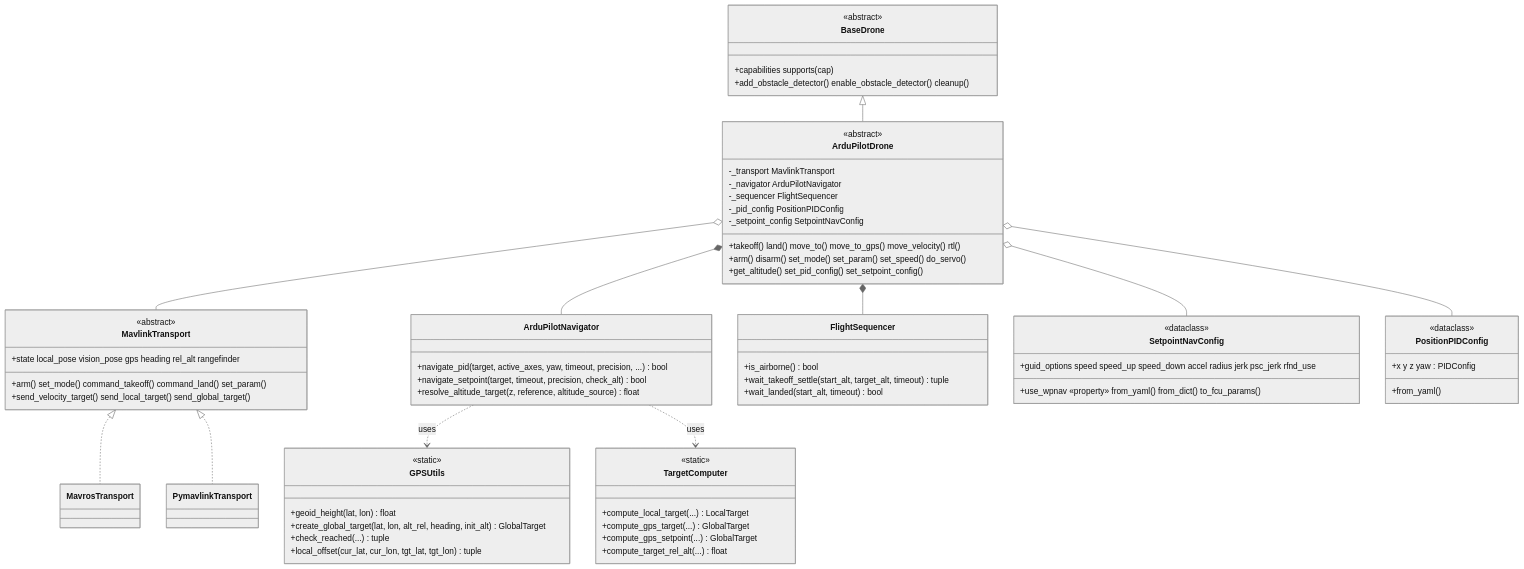
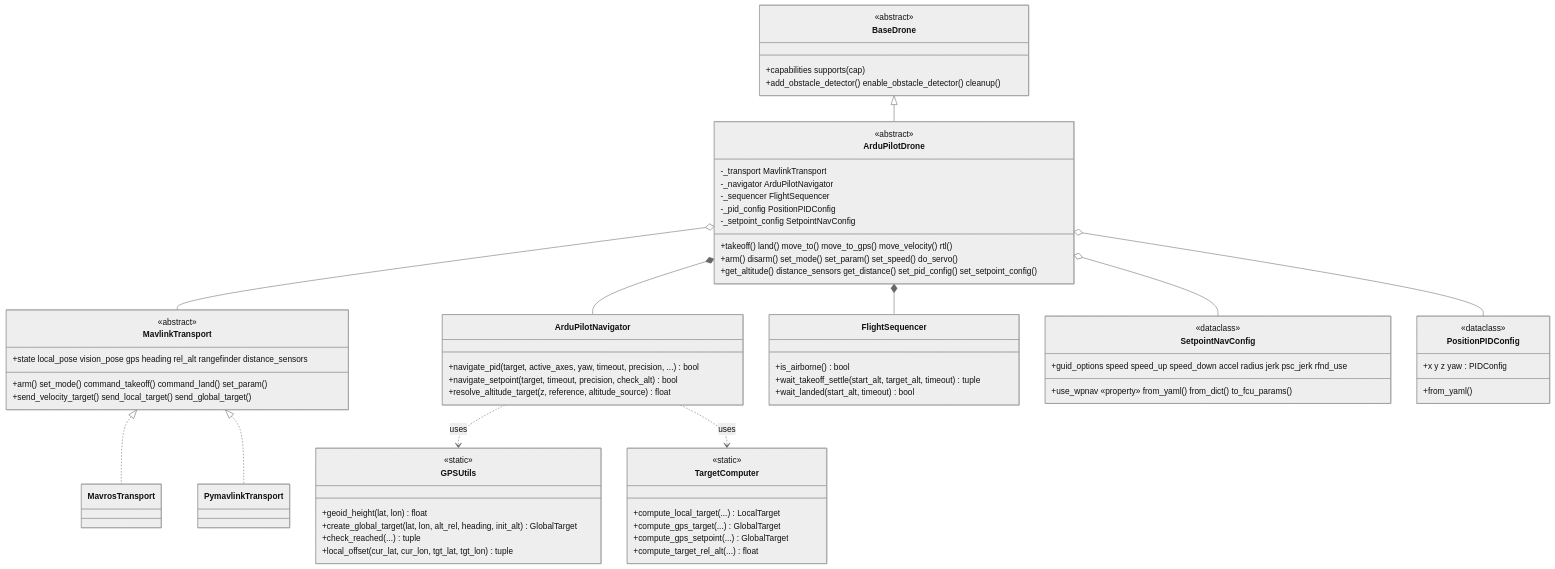
The first of 2 diagrams in nectar/nectar/control/ardupilot/README.md (Black-Bee-Drones/nectar-sdk), drawn with Mermaid (neutral theme) before and after one commit. The commit also changed other lines of this file and 21 other files, not shown here.

````diff
--- a/nectar/nectar/control/ardupilot/README.md
+++ b/nectar/nectar/control/ardupilot/README.md
@@ -11,69 +11,69 @@
 ```mermaid
 classDiagram
     class BaseDrone {
         <<abstract>>
         +capabilities supports(cap)
         +add_obstacle_detector() enable_obstacle_detector() cleanup()
     }
     class ArduPilotDrone {
         <<abstract>>
         -_transport MavlinkTransport
         -_navigator ArduPilotNavigator
         -_sequencer FlightSequencer
         -_pid_config PositionPIDConfig
         -_setpoint_config SetpointNavConfig
         +takeoff() land() move_to() move_to_gps() move_velocity() rtl()
         +arm() disarm() set_mode() set_param() set_speed() do_servo()
-        +get_altitude() set_pid_config() set_setpoint_config()
+        +get_altitude() distance_sensors get_distance() set_pid_config() set_setpoint_config()
     }
     class MavlinkTransport {
         <<abstract>>
-        +state local_pose vision_pose gps heading rel_alt rangefinder
+        +state local_pose vision_pose gps heading rel_alt rangefinder distance_sensors
         +arm() set_mode() command_takeoff() command_land() set_param()
         +send_velocity_target() send_local_target() send_global_target()
     }
     class ArduPilotNavigator {
         +navigate_pid(target, active_axes, yaw, timeout, precision, ...) bool
         +navigate_setpoint(target, timeout, precision, check_alt) bool
         +resolve_altitude_target(z, reference, altitude_source) float
     }
     class FlightSequencer {
         +is_airborne() bool
         +wait_takeoff_settle(start_alt, target_alt, timeout) tuple
         +wait_landed(start_alt, timeout) bool
     }
     class TargetComputer {
         <<static>>
         +compute_local_target(...) LocalTarget
         +compute_gps_target(...) GlobalTarget
         +compute_gps_setpoint(...) GlobalTarget
         +compute_target_rel_alt(...) float
     }
     class GPSUtils {
         <<static>>
         +geoid_height(lat, lon) float
         +create_global_target(lat, lon, alt_rel, heading, init_alt) GlobalTarget
         +check_reached(...) tuple
         +local_offset(cur_lat, cur_lon, tgt_lat, tgt_lon) tuple
     }
     class SetpointNavConfig {
         <<dataclass>>
         +guid_options speed speed_up speed_down accel radius jerk psc_jerk rfnd_use
         +use_wpnav «property» from_yaml() from_dict() to_fcu_params()
     }
     class PositionPIDConfig {
         <<dataclass>>
         +x y z yaw : PIDConfig
         +from_yaml()
     }
     BaseDrone <|-- ArduPilotDrone
     ArduPilotDrone o-- MavlinkTransport
     ArduPilotDrone *-- ArduPilotNavigator
     ArduPilotDrone *-- FlightSequencer
     ArduPilotDrone o-- PositionPIDConfig
     ArduPilotDrone o-- SetpointNavConfig
     ArduPilotNavigator ..> GPSUtils : uses
     ArduPilotNavigator ..> TargetComputer : uses
     MavlinkTransport <|.. MavrosTransport
     MavlinkTransport <|.. PymavlinkTransport
 ```
````
